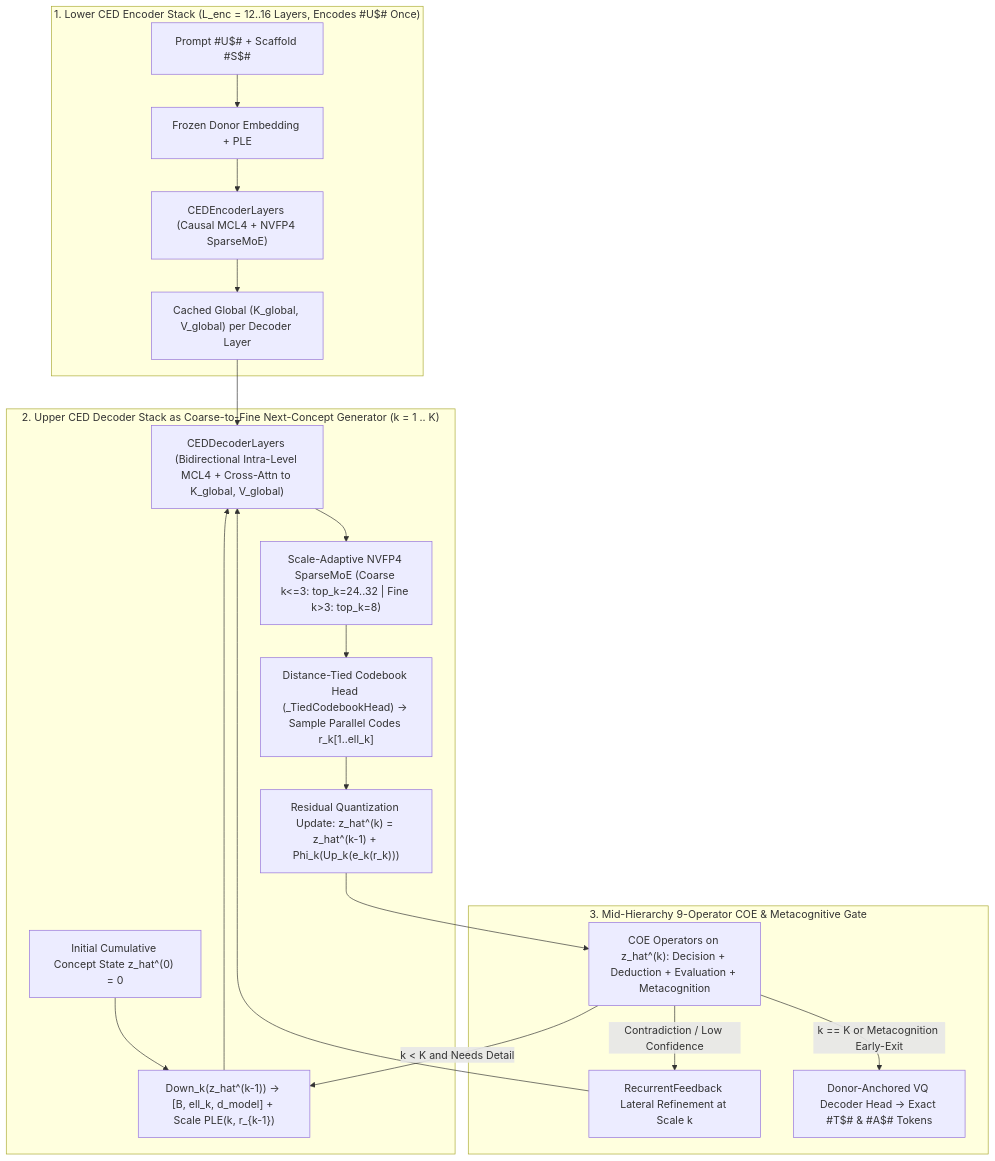
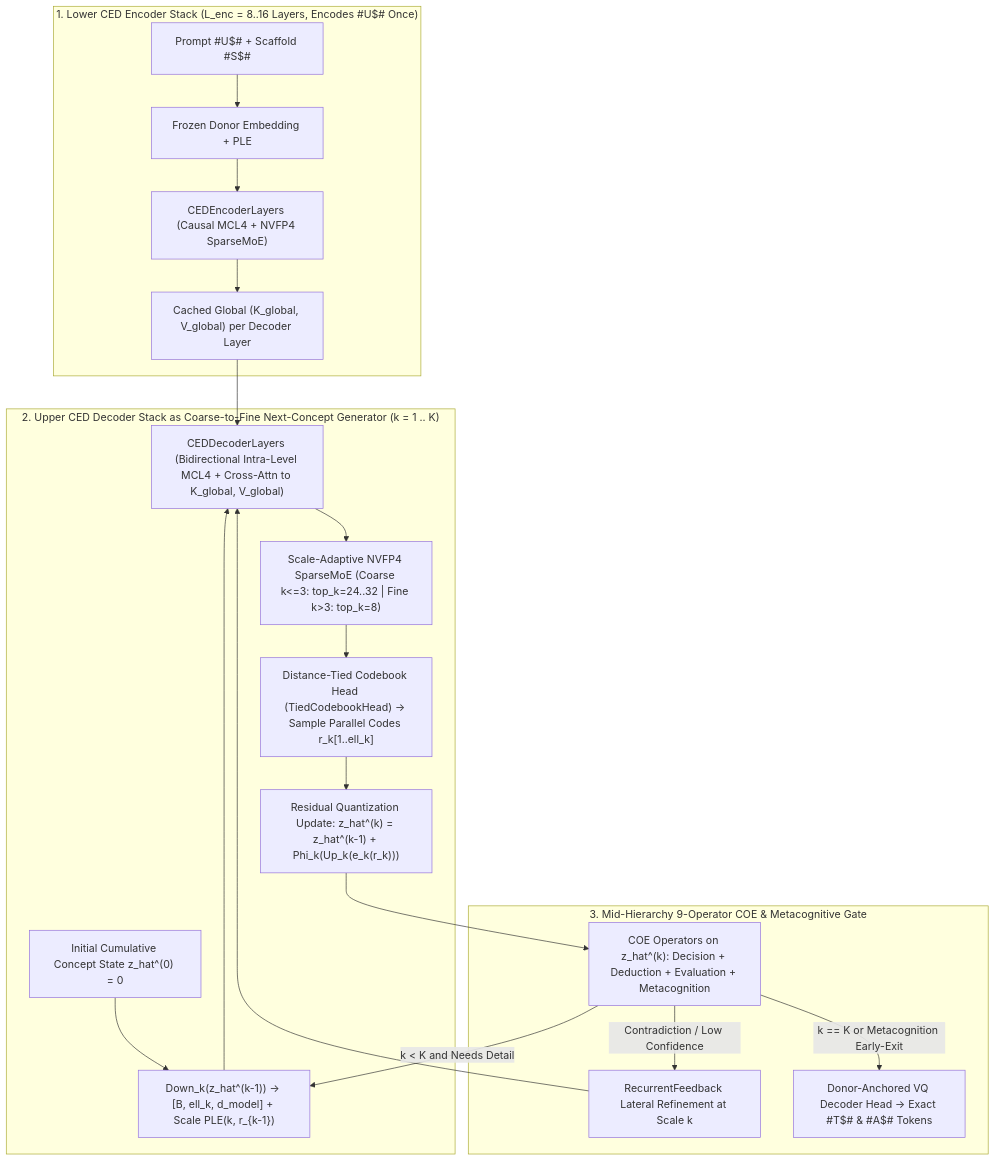
Before and after one commit to mESmaC/mcl4-coe-ncm: the diagram in docs/10_NCM_MCL4_COE_ARCHITECTURE_MAPPING.md, drawn with Mermaid. The commit also changed other lines of this file and 8 other files, not shown here.

Commit message:
Clean up technical documentation and remove internal handoff/roadmap framing

````diff
--- a/docs/10_NCM_MCL4_COE_ARCHITECTURE_MAPPING.md
+++ b/docs/10_NCM_MCL4_COE_ARCHITECTURE_MAPPING.md
@@ -74,25 +74,25 @@
 ```mermaid
 flowchart TD
-    subgraph Enc["1. Lower CED Encoder Stack (L_enc = 12..16 Layers, Encodes #U$# Once)"]
+    subgraph Enc["1. Lower CED Encoder Stack (L_enc = 8..16 Layers, Encodes #U$# Once)"]
         U["Prompt #U$# + Scaffold #S$#"] --> E_tok["Frozen Donor Embedding + PLE"]
         E_tok --> EncLayers["CEDEncoderLayers (Causal MCL4 + NVFP4 SparseMoE)"]
         EncLayers --> KV["Cached Global (K_global, V_global) per Decoder Layer"]
     end
 
     subgraph NCM_Loop["2. Upper CED Decoder Stack as Coarse-to-Fine Next-Concept Generator (k = 1 .. K)"]
         Z0["Initial Cumulative Concept State z_hat^(0) = 0"] --> Down["Down_k(z_hat^(k-1)) -> [B, ell_k, d_model] + Scale PLE(k, r_{k-1})"]
         Down --> DecLayers["CEDDecoderLayers (Bidirectional Intra-Level MCL4 + Cross-Attn to K_global, V_global)"]
         KV --> DecLayers
         DecLayers --> MoE["Scale-Adaptive NVFP4 SparseMoE (Coarse k<=3: top_k=24..32 | Fine k>3: top_k=8)"]
-        MoE --> TiedHead["Distance-Tied Codebook Head (_TiedCodebookHead) -> Sample Parallel Codes r_k[1..ell_k]"]
+        MoE --> TiedHead["Distance-Tied Codebook Head (TiedCodebookHead) -> Sample Parallel Codes r_k[1..ell_k]"]
         TiedHead --> Up["Residual Quantization Update: z_hat^(k) = z_hat^(k-1) + Phi_k(Up_k(e_k(r_k)))"]
     end
 
     subgraph COE_Control["3. Mid-Hierarchy 9-Operator COE & Metacognitive Gate"]
         Up --> Meta["COE Operators on z_hat^(k): Decision + Deduction + Evaluation + Metacognition"]
         Meta -->|"Contradiction / Low Confidence"| Lateral["RecurrentFeedback Lateral Refinement at Scale k"]
         Lateral --> DecLayers
         Meta -->|"k < K and Needs Detail"| Down
         Meta -->|"k == K or Metacognition Early-Exit"| Decode["Donor-Anchored VQ Decoder Head -> Exact #T$# & #A$# Tokens"]
     end
 ```
````
